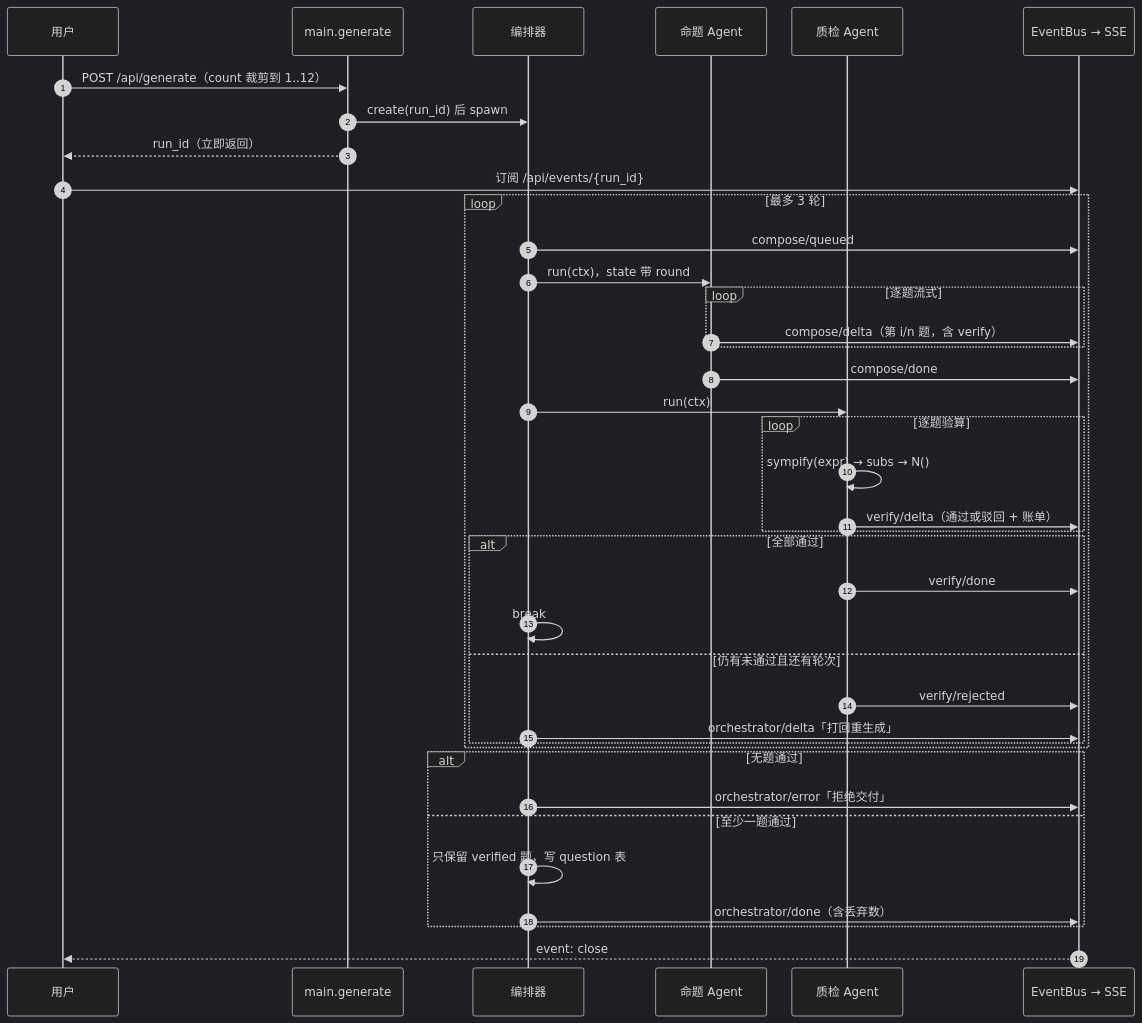
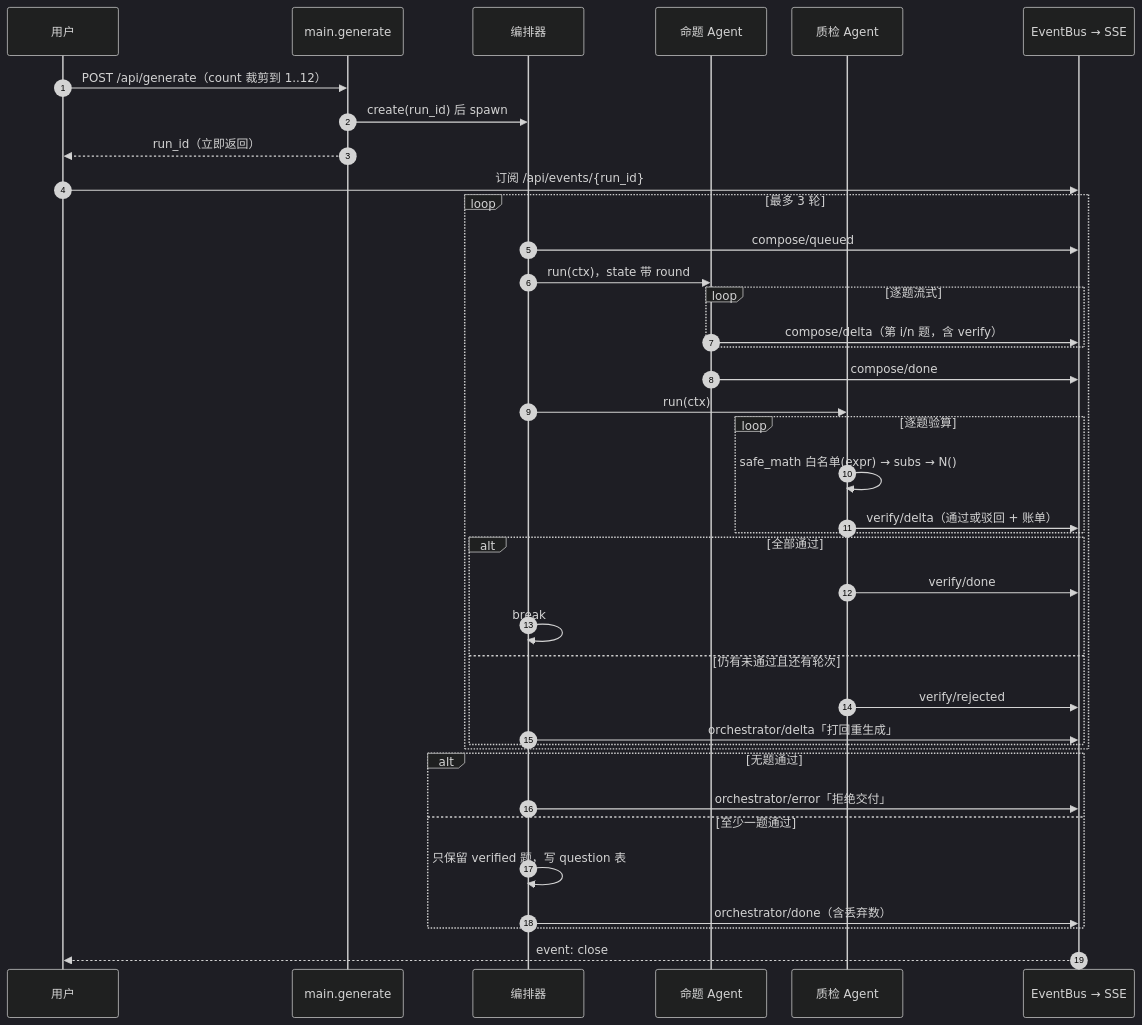
Before and after one commit to Td12138/yizhi-chengke: the second of 2 diagrams in docs/技术文档.md, drawn with Mermaid (dark theme). The commit also changed other lines of this file and 3 other files, not shown here.

````diff
--- a/docs/技术文档.md
+++ b/docs/技术文档.md
@@ -254,42 +254,42 @@
 ```mermaid
 %%{init: {"sequence": {"diagramMarginX": 10, "diagramMarginY": 10, "actorMargin": 34, "messageMargin": 22, "boxMargin": 6, "noteMargin": 6}}}%%
 sequenceDiagram
     autonumber
     participant U as 用户
     participant API as main.generate
     participant O as 编排器
     participant A3 as 命题 Agent
     participant A4 as 质检 Agent
     participant BUS as EventBus → SSE
     U->>API: POST /api/generate（count 裁剪到 1..12）
     API->>O: create(run_id) 后 spawn
     API-->>U: run_id（立即返回）
     U->>BUS: 订阅 /api/events/{run_id}
     loop 最多 3 轮
         O->>BUS: compose/queued
         O->>A3: run(ctx)，state 带 round
         loop 逐题流式
             A3->>BUS: compose/delta（第 i/n 题，含 verify）
         end
         A3->>BUS: compose/done
         O->>A4: run(ctx)
         loop 逐题验算
-            A4->>A4: sympify(expr) → subs → N()
+            A4->>A4: safe_math 白名单(expr) → subs → N()
             A4->>BUS: verify/delta（通过或驳回 + 账单）
         end
         alt 全部通过
             A4->>BUS: verify/done
             O->>O: break
         else 仍有未通过且还有轮次
             A4->>BUS: verify/rejected
             O->>BUS: orchestrator/delta「打回重生成」
         end
     end
     alt 无题通过
         O->>BUS: orchestrator/error「拒绝交付」
     else 至少一题通过
         O->>O: 只保留 verified 题，写 question 表
         O->>BUS: orchestrator/done（含丢弃数）
     end
     BUS-->>U: event: close
 ```
````
